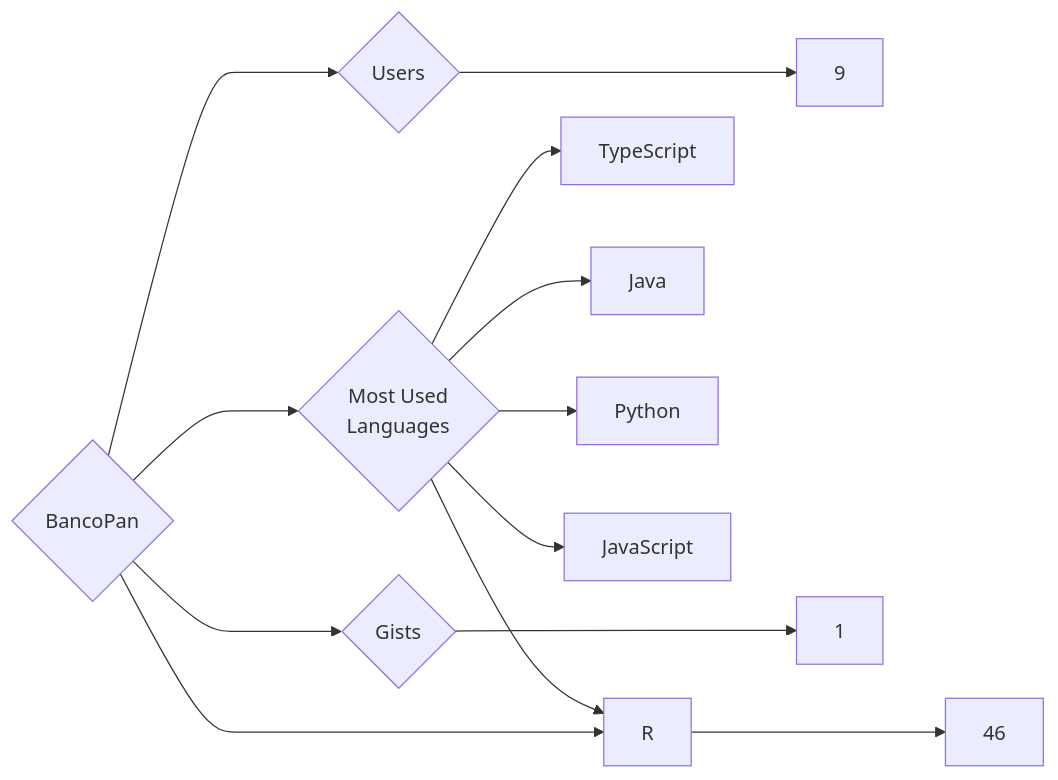
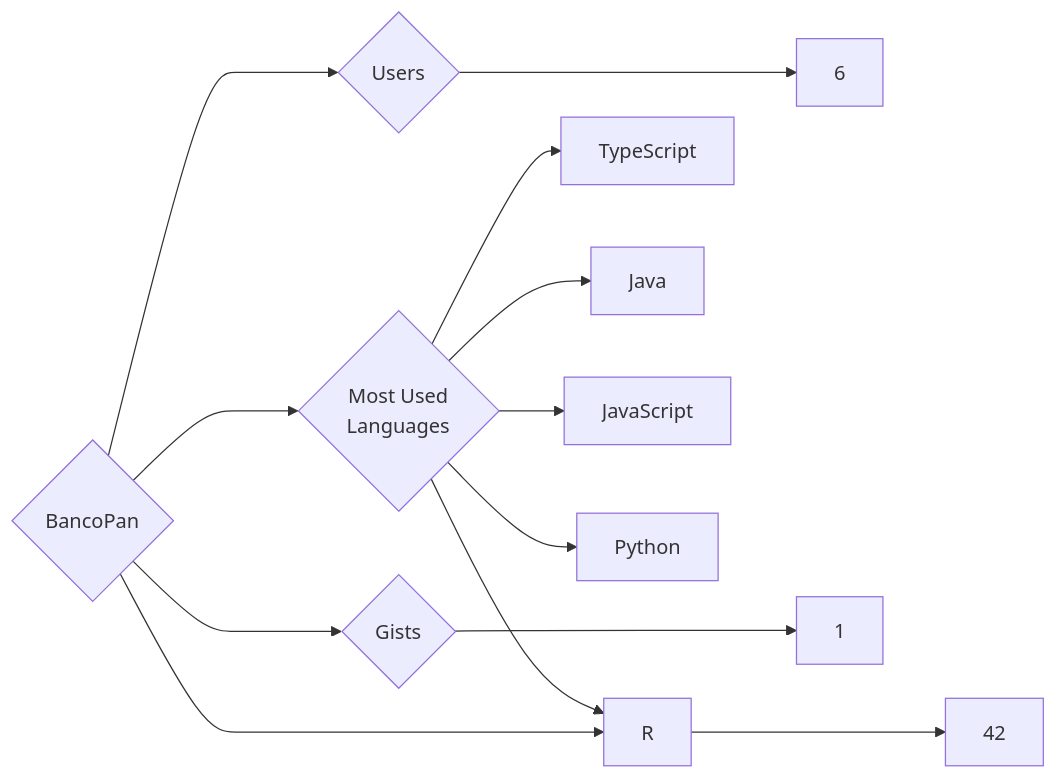
Before and after one commit to trickest/insiders: the diagram in targets/BancoPan/README.md, drawn with Mermaid. The commit also changed 1170 other files, not shown here.

````diff
--- a/targets/BancoPan/README.md
+++ b/targets/BancoPan/README.md
@@ -3,13 +3,13 @@
 ```mermaid
 graph LR
 COMPANY_NAME{BancoPan}
-COMPANY_NAME ---> U{Users} ---> UN[9]
-COMPANY_NAME ---> R{Repositories} ---> RN[46]
+COMPANY_NAME ---> U{Users} ---> UN[6]
+COMPANY_NAME ---> R{Repositories} ---> RN[42]
 COMPANY_NAME ---> G{Gists} ---> GN[1]
 COMPANY_NAME ---> ML{Most Used<br>Languages}
 ML --> TypeScript[TypeScript]
 ML --> Java[Java]
+ML --> JavaScript[JavaScript]
 ML --> Python[Python]
-ML --> JavaScript[JavaScript]
 ML --> R[R]
 ```
````
